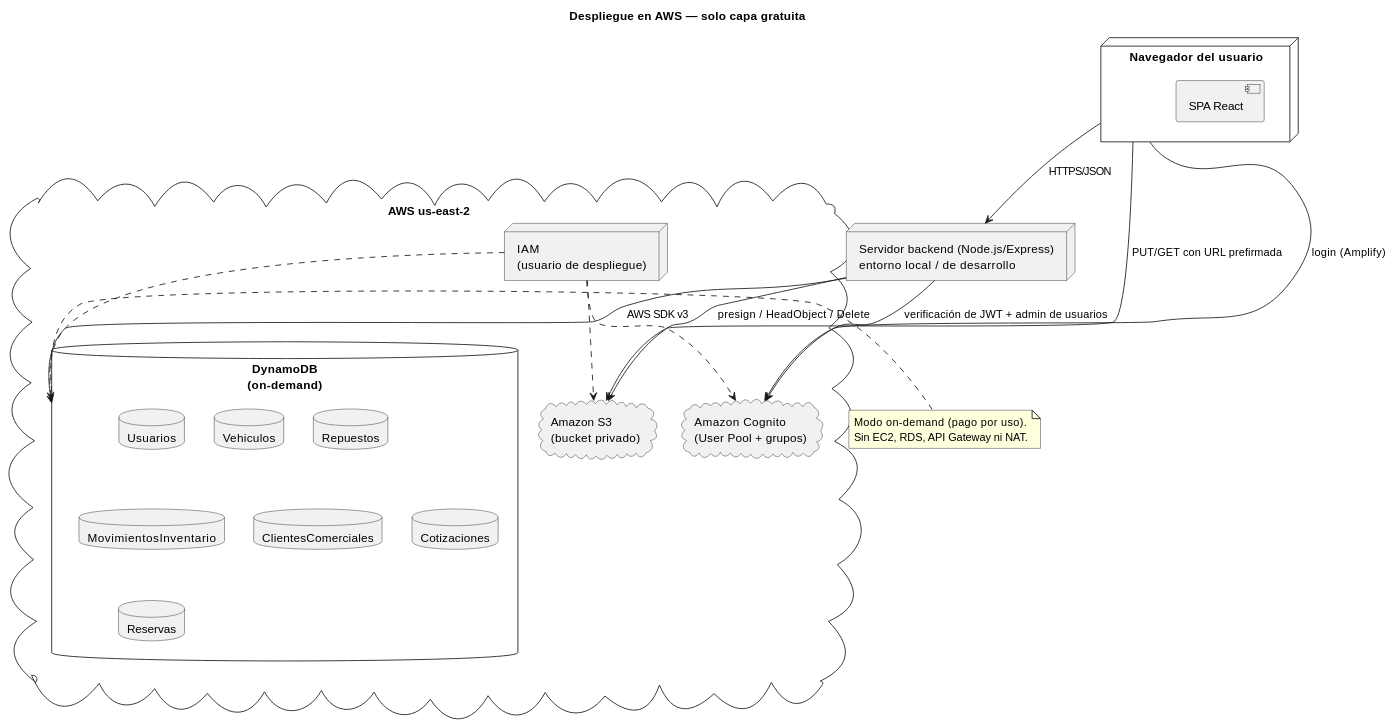
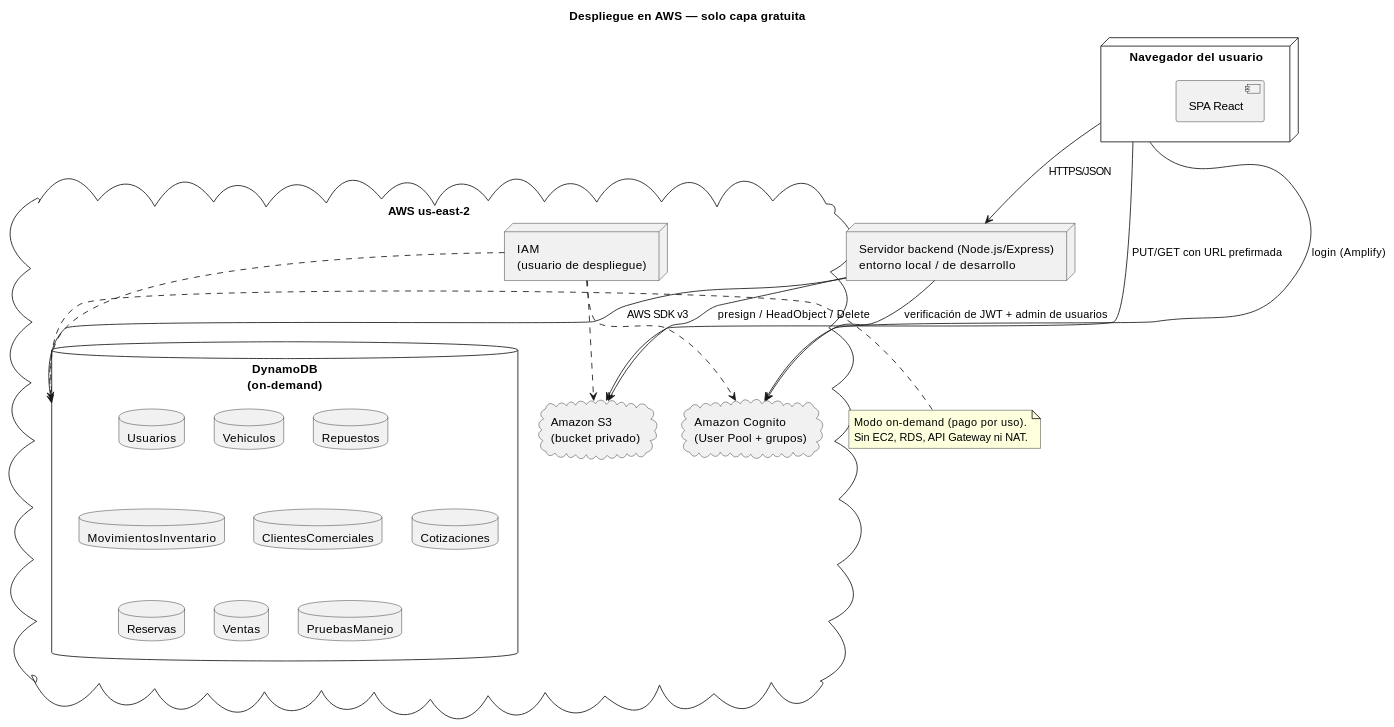
The second of 15 diagrams in documentacion/diagramas.md (dgschahvqvc17/Concesionaria-BMW), drawn with PlantUML before and after one commit. The commit also changed other lines of this file and 32 other files, not shown here.

````diff
--- a/documentacion/diagramas.md
+++ b/documentacion/diagramas.md
@@ -78,42 +79,44 @@
 ```plantuml
 @startuml
 title Despliegue en AWS — solo capa gratuita
 skinparam shadowing false
 
 node "Navegador del usuario" as browser {
   component "SPA React" as spa
 }
 
 node "Servidor backend (Node.js/Express)\nentorno local / de desarrollo" as api
 
 cloud "AWS us-east-2" {
   database "DynamoDB\n(on-demand)" as ddb {
     database "Usuarios" as t1
     database "Vehiculos" as t2
     database "Repuestos" as t3
     database "MovimientosInventario" as t4
     database "ClientesComerciales" as t5
     database "Cotizaciones" as t6
     database "Reservas" as t7
+    database "Ventas" as t8
+    database "PruebasManejo" as t9
   }
   cloud "Amazon S3\n(bucket privado)" as s3
   cloud "Amazon Cognito\n(User Pool + grupos)" as cognito
   node "IAM\n(usuario de despliegue)" as iam
 }
 
 browser --> api : HTTPS/JSON
 browser --> cognito : login (Amplify)
 browser --> s3 : PUT/GET con URL prefirmada
 api --> ddb : AWS SDK v3
 api --> s3 : presign / HeadObject / Delete
 api --> cognito : verificación de JWT + admin de usuarios
 iam ..> ddb
 iam ..> s3
 iam ..> cognito
 
 note right of ddb
   Modo on-demand (pago por uso).
   Sin EC2, RDS, API Gateway ni NAT.
 end note
 @enduml
 ```
````
